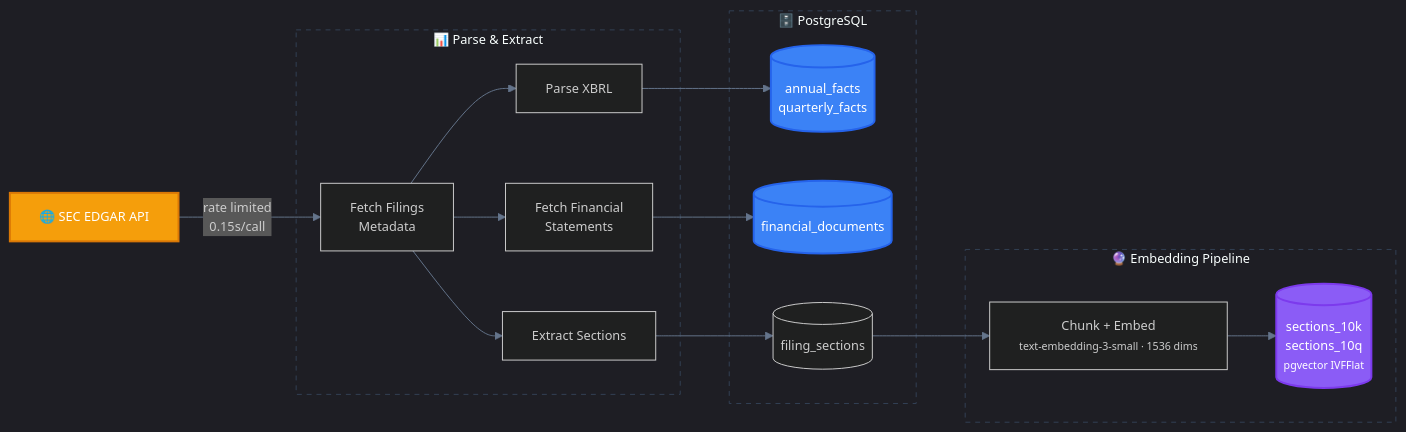
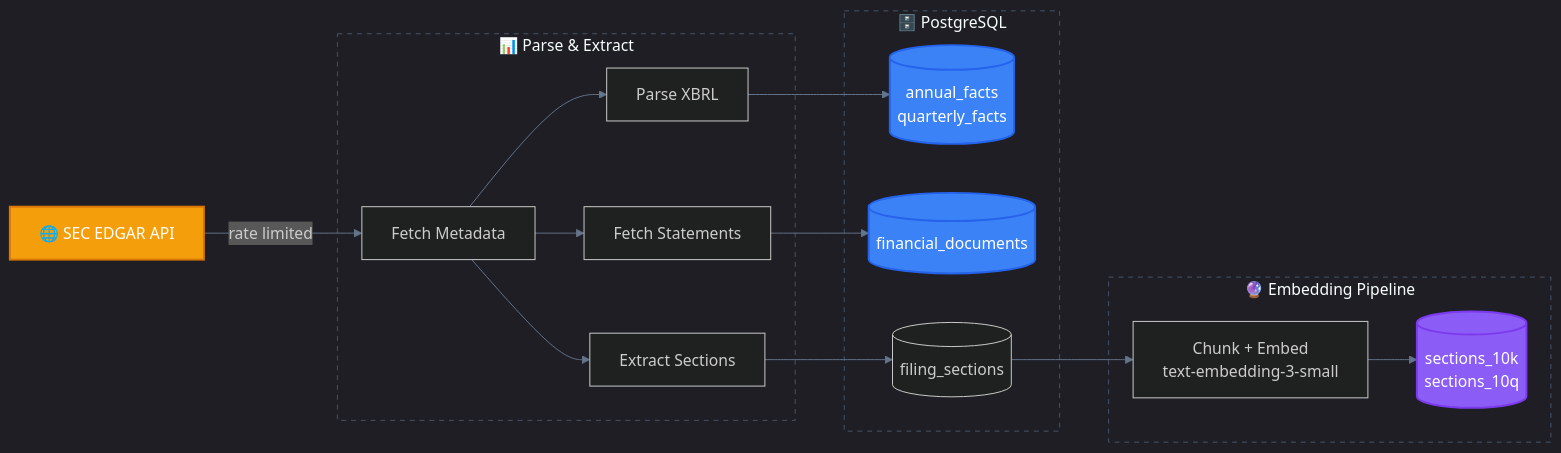
One commit to bhattaraisubal-eng/sec-intelligence-system changed the second of 2 diagrams in docs/architecture.md. Above: the diagram before and after it, drawn with Mermaid. The commit also changed other lines of this file and 3 other files, not shown here.

First line of the commit message:
Fix Mermaid diagram text cutoff - remove unsupported HTML tags

````diff
--- a/docs/architecture.md
+++ b/docs/architecture.md
@@ -183,34 +183,34 @@
 ```mermaid
-%%{init: {'theme': 'dark', 'themeVariables': {'primaryColor': '#1e293b', 'primaryBorderColor': '#475569', 'lineColor': '#64748b', 'fontFamily': 'ui-monospace, monospace', 'fontSize': '13px'}}}%%
+%%{init: {'theme': 'dark', 'themeVariables': {'primaryColor': '#1e293b', 'primaryBorderColor': '#475569', 'lineColor': '#64748b'}}}%%
 graph LR
-    A["🌐 SEC EDGAR API"] -->|"rate limited<br/>0.15s/call"| B["Fetch Filings<br/>Metadata"]
+    A["🌐 SEC EDGAR API"] -->|"rate limited"| B["Fetch Metadata"]
 
-    subgraph parse ["📊 Parse & Extract"]
+    subgraph parse [" 📊 Parse & Extract "]
         B --> C["Parse XBRL"]
-        B --> E["Fetch Financial<br/>Statements"]
+        B --> E["Fetch Statements"]
         B --> G["Extract Sections"]
     end
 
-    subgraph store ["🗄️ PostgreSQL"]
+    subgraph store [" 🗄️ PostgreSQL "]
         C --> D[("annual_facts<br/>quarterly_facts")]
         E --> F[("financial_documents")]
         G --> H[("filing_sections")]
     end
 
-    subgraph embed ["🔮 Embedding Pipeline"]
-        H --> I["Chunk + Embed<br/><small>text-embedding-3-small · 1536 dims</small>"]
-        I --> J[("sections_10k<br/>sections_10q<br/><small>pgvector IVFFlat</small>")]
+    subgraph embed [" 🔮 Embedding Pipeline "]
+        H --> I["Chunk + Embed<br/>text-embedding-3-small"]
+        I --> J[("sections_10k<br/>sections_10q")]
     end
 
     classDef source fill:#f59e0b,stroke:#d97706,color:#fff,stroke-width:2px
     classDef db fill:#3b82f6,stroke:#2563eb,color:#fff,stroke-width:2px
     classDef vector fill:#8b5cf6,stroke:#7c3aed,color:#fff,stroke-width:2px
 
     class A source
     class D,F db
     class J vector
 
-    style parse fill:transparent,stroke:#334155,stroke-width:1px,stroke-dasharray:5 5
-    style store fill:transparent,stroke:#334155,stroke-width:1px,stroke-dasharray:5 5
-    style embed fill:transparent,stroke:#334155,stroke-width:1px,stroke-dasharray:5 5
+    style parse fill:transparent,stroke:#475569,stroke-width:1px,stroke-dasharray:5 5
+    style store fill:transparent,stroke:#475569,stroke-width:1px,stroke-dasharray:5 5
+    style embed fill:transparent,stroke:#475569,stroke-width:1px,stroke-dasharray:5 5
 ```
````
